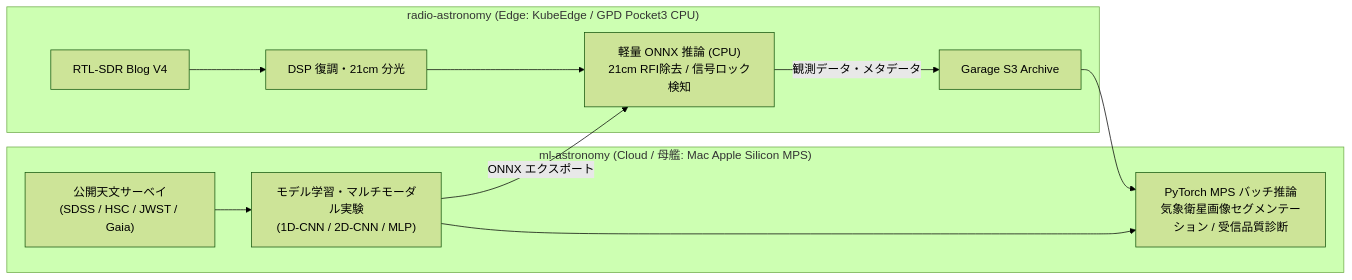
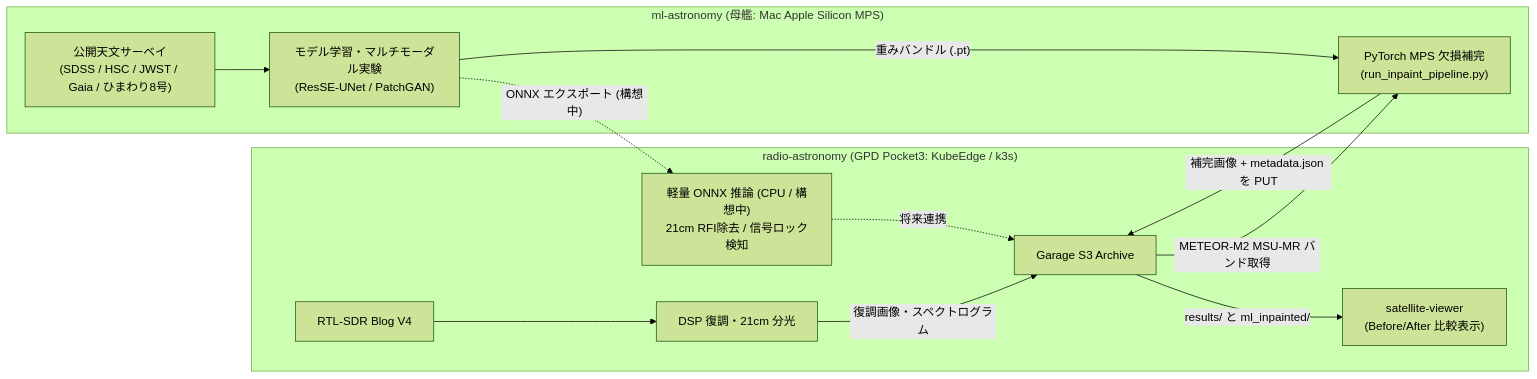
Before and after one commit to tozastation/ml-astronomy: the diagram in README.md, drawn with Mermaid (forest theme). The commit also changed other lines of this file and 3 other files, not shown here.

Commit message:
docs: update READMEs with METEOR-M2 inpainting pipeline and before/after comparisons

````diff
--- a/README.md
+++ b/README.md
@@ -15,15 +15,17 @@
 ```mermaid
 flowchart LR
-    subgraph Observatory["radio-astronomy (Edge: KubeEdge / GPD Pocket3 CPU)"]
+    subgraph Observatory["radio-astronomy (GPD Pocket3: KubeEdge / k3s)"]
         SDR["RTL-SDR Blog V4"] --> DSP["DSP 復調・21cm 分光"]
-        DSP --> ONNX["軽量 ONNX 推論 (CPU)<br/>21cm RFI除去 / 信号ロック検知"]
-        ONNX -->|観測データ・メタデータ| S3["Garage S3 Archive"]
+        DSP -->|"復調画像・スペクトログラム"| S3["Garage S3 Archive"]
+        S3 -->|"results/ と ml_inpainted/"| Viewer["satellite-viewer<br/>(Before/After 比較表示)"]
+        ONNX["軽量 ONNX 推論 (CPU / 構想中)<br/>21cm RFI除去 / 信号ロック検知"] -.->|"将来連携"| S3
     end
 
-    subgraph Lab["ml-astronomy (Cloud / 母艦: Mac Apple Silicon MPS)"]
-        S3 --> Infer["PyTorch MPS バッチ推論<br/>気象衛星画像セグメンテーション / 受信品質診断"]
-        Survey["公開天文サーベイ<br/>(SDSS / HSC / JWST / Gaia)"] --> Train["モデル学習・マルチモーダル実験<br/>(1D-CNN / 2D-CNN / MLP)"]
-        Train -->|ONNX エクスポート| ONNX
-        Train --> Infer
+    subgraph Lab["ml-astronomy (母艦: Mac Apple Silicon MPS)"]
+        S3 -->|"METEOR-M2 MSU-MR バンド取得"| Infer["PyTorch MPS 欠損補完<br/>(run_inpaint_pipeline.py)"]
+        Infer -->|"補完画像 + metadata.json を PUT"| S3
+        Survey["公開天文サーベイ<br/>(SDSS / HSC / JWST / Gaia / ひまわり8号)"] --> Train["モデル学習・マルチモーダル実験<br/>(ResSE-UNet / PatchGAN)"]
+        Train -->|"重みバンドル (.pt)"| Infer
+        Train -.->|"ONNX エクスポート (構想中)"| ONNX
     end
 ```
````
